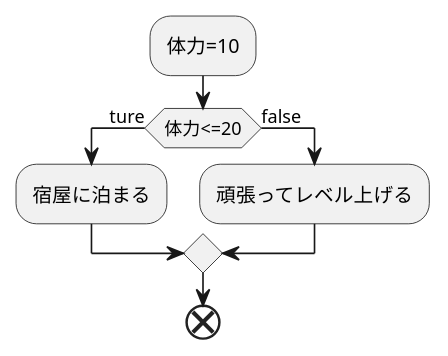
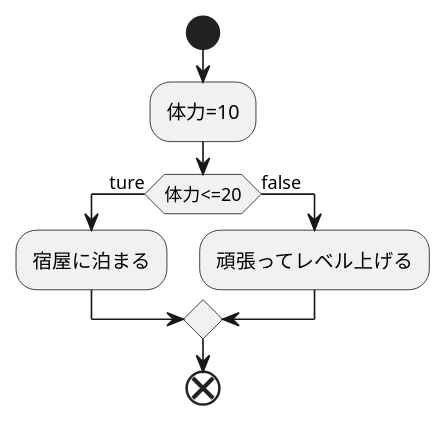
The diagram in kadai1.md (Aso2001390/2021sys-design), drawn with PlantUML before and after one commit.

````diff
--- a/kadai1.md
+++ b/kadai1.md
@@ -1,11 +1,12 @@
 ```uml
   @startuml
+  start
   :体力=10;
   if(体力<=20)then(ture)
   :宿屋に泊まる;
   else(false)
   :頑張ってレベル上げる;
   endif
   end
   @enduml
   ```
````
